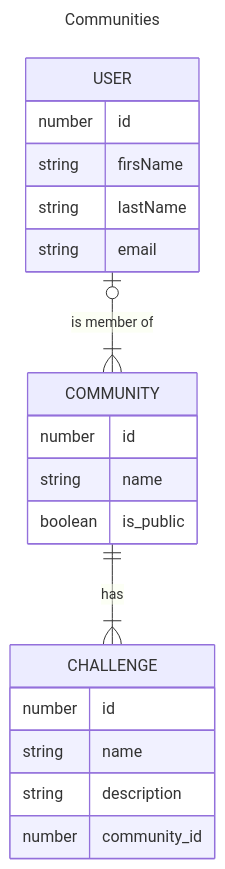
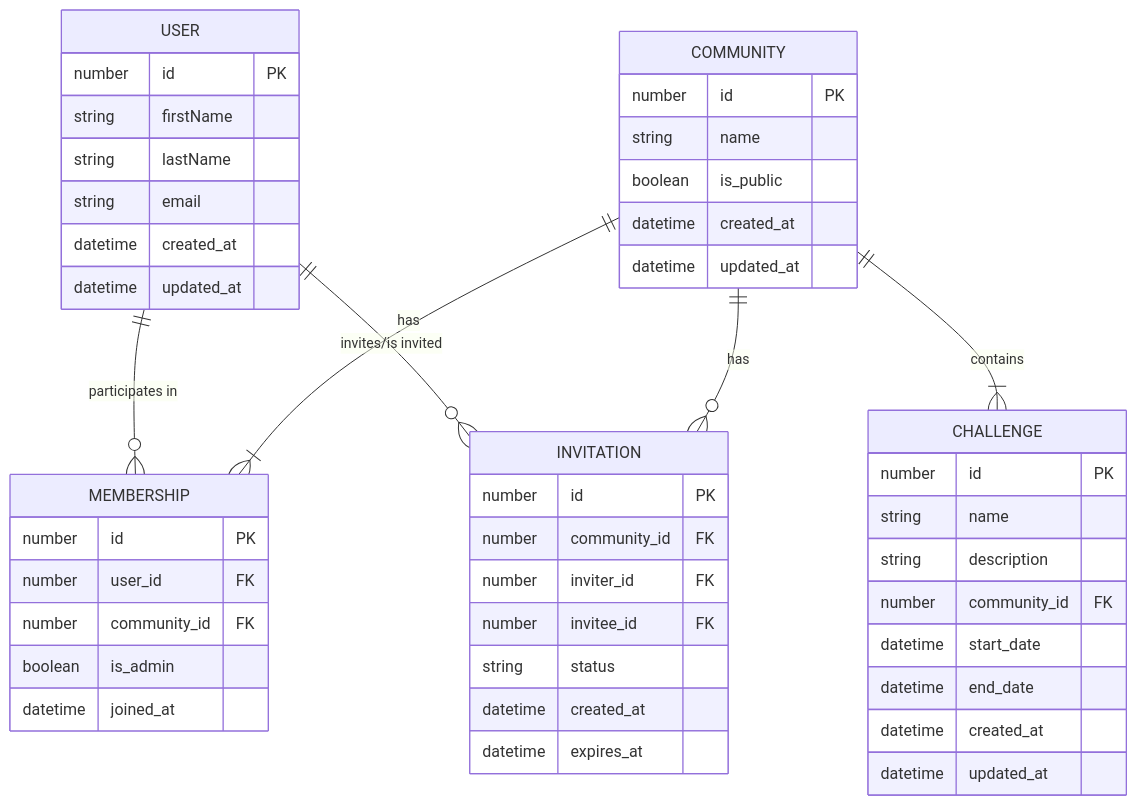
One commit to lbxa/o changed the diagram in packages/db/README.md. Above: the diagram before and after it, drawn with Mermaid. The commit also changed other lines of this file and 1 other file, not shown here.

Commit message:
even more mermaid

````diff
--- a/packages/db/README.md
+++ b/packages/db/README.md
@@ -11,29 +11,50 @@
 ```mermaid
----
-title: Communities
----
 erDiagram
-   COMMUNITY {
-    number id
-    string name
-    boolean is_public
-  }
-
-  CHALLENGE {
-    number id
-    string name
-    string description
-    number community_id
-  }
-
-  USER {
-    number id
-    string firsName
-    string lastName
-    string email
-  }
-
-  USER |o--|{ COMMUNITY : "is member of"
-  COMMUNITY ||--|{ CHALLENGE : "has"
+    USER {
+        number id PK
+        string firstName
+        string lastName
+        string email
+        datetime created_at
+        datetime updated_at
+    }
+    COMMUNITY {
+        number id PK
+        string name
+        boolean is_public
+        datetime created_at
+        datetime updated_at
+    }
+    CHALLENGE {
+        number id PK
+        string name
+        string description
+        number community_id FK
+        datetime start_date
+        datetime end_date
+        datetime created_at
+        datetime updated_at
+    }
+    MEMBERSHIP {
+        number id PK
+        number user_id FK
+        number community_id FK
+        boolean is_admin
+        datetime joined_at
+    }
+    INVITATION {
+        number id PK
+        number community_id FK
+        number inviter_id FK
+        number invitee_id FK
+        string status
+        datetime created_at
+        datetime expires_at
+    }
+    USER ||--o{ MEMBERSHIP : "participates in"
+    USER ||--o{ INVITATION : "invites/is invited"
+    COMMUNITY ||--|{ MEMBERSHIP : "has"
+    COMMUNITY ||--|{ CHALLENGE : "contains"
+    COMMUNITY ||--o{ INVITATION : "has"
 
 ```
````
